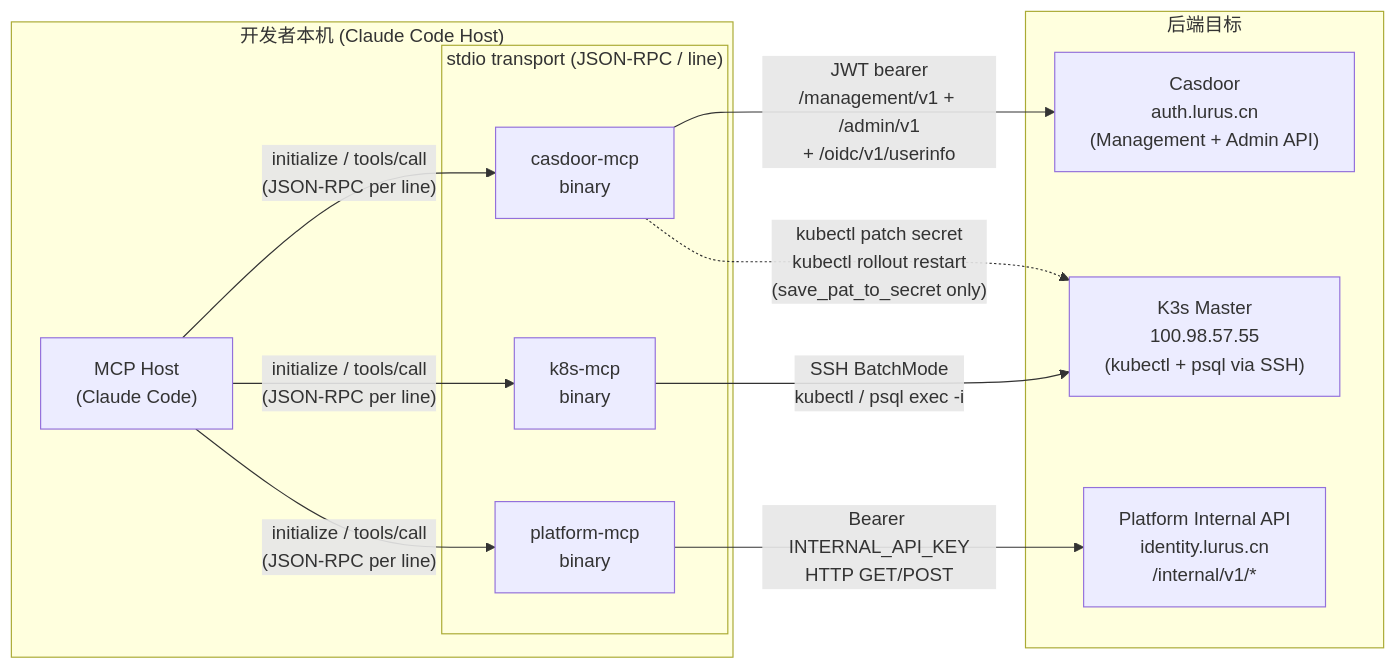
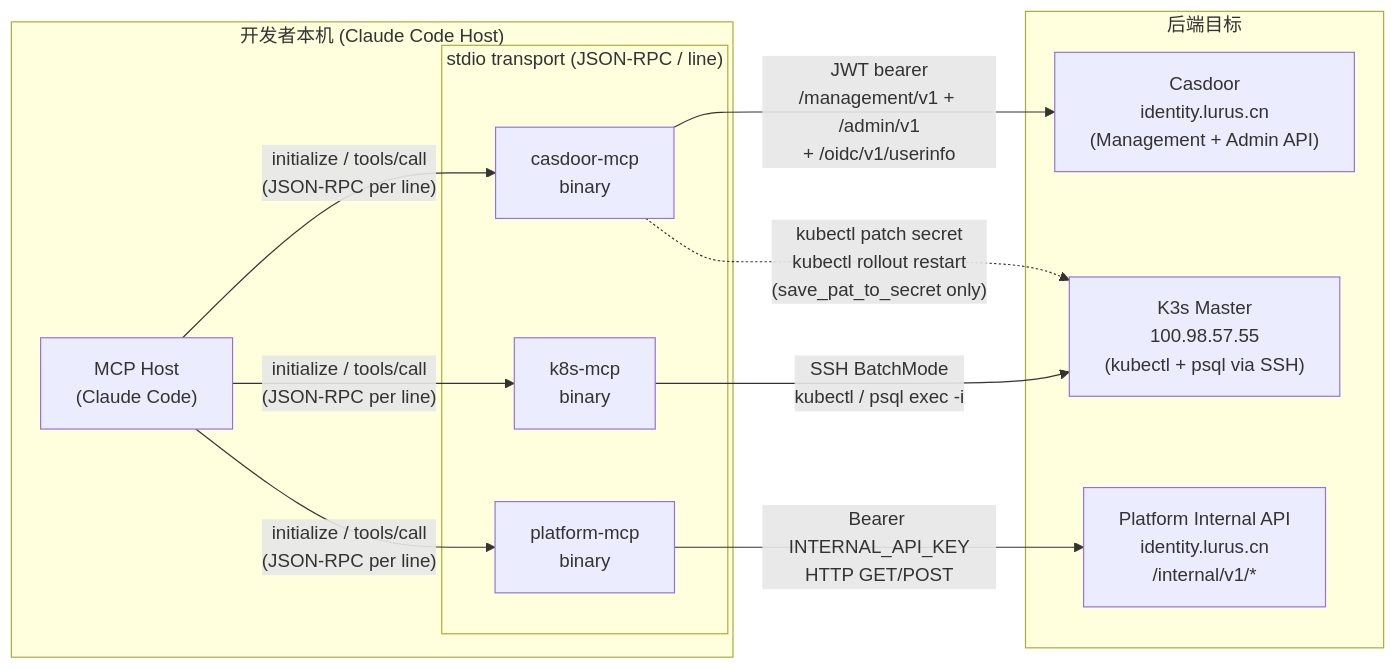
One commit to hanmahong5-arch/lurus-docs changed the first of 7 diagrams in internal/products/mcp.md. Above: the diagram before and after it, drawn with Mermaid. The commit also changed other lines of this file and 76 other files, not shown here.

````diff
--- a/internal/products/mcp.md
+++ b/internal/products/mcp.md
@@ -50,26 +50,26 @@
 ```mermaid
 flowchart LR
     subgraph host["开发者本机 (Claude Code Host)"]
         CC["MCP Host\n(Claude Code)"]
         subgraph stdio["stdio transport (JSON-RPC / line)"]
             ZM["casdoor-mcp\nbinary"]
             KM["k8s-mcp\nbinary"]
             PM["platform-mcp\nbinary"]
         end
     end
 
     subgraph backends["后端目标"]
-        ZA["Casdoor\nauth.lurus.cn\n(Management + Admin API)"]
+        ZA["Casdoor\nidentity.lurus.cn\n(Management + Admin API)"]
         K3S["K3s Master\n100.98.57.55\n(kubectl + psql via SSH)"]
         PL["Platform Internal API\nidentity.lurus.cn\n/internal/v1/*"]
     end
 
     CC -- "initialize / tools/call\n(JSON-RPC per line)" --> ZM
     CC -- "initialize / tools/call\n(JSON-RPC per line)" --> KM
     CC -- "initialize / tools/call\n(JSON-RPC per line)" --> PM
 
     ZM -- "JWT bearer\n/management/v1 + /admin/v1\n+ /oidc/v1/userinfo" --> ZA
     ZM -. "kubectl patch secret\nkubectl rollout restart\n(save_pat_to_secret only)" .-> K3S
     KM -- "SSH BatchMode\nkubectl / psql exec -i" --> K3S
     PM -- "Bearer INTERNAL_API_KEY\nHTTP GET/POST" --> PL
 ```
````
